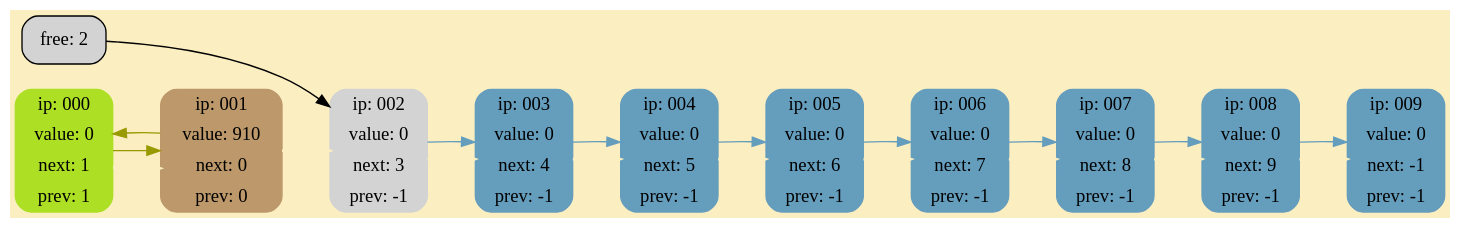
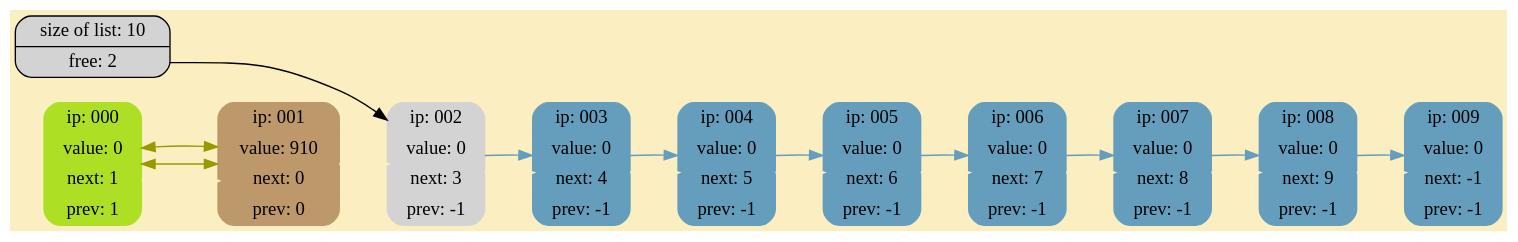
One commit to RTCupid/List changed the diagram in DumpGraph.dot. Above: the diagram before and after it, drawn with Graphviz. The commit also changed 20 other files, not shown here.

```diff
--- a/DumpGraph.dot
+++ b/DumpGraph.dot
@@ -1,37 +1,37 @@
 digraph G {
 	rankdir = LR;
 	bgcolor="#FBEEC1"
-	free [shape=Mrecord; style=filled; label = " free: 2" ];
+	HEADER [shape=Mrecord; style=filled; label = "size of list: 10 | <free> free: 2 " ];
 	node000 [shape=Mrecord; style=filled; color="#DAAD86"; label = "{ ip: 000}  | {value:   0} |{Fairy:   1} | {Tail:   1} " ];
 	node001 [shape=Mrecord; style=filled; color="#BC986A"; label = "{ ip: 001}  |{value: 910} |{next:   0} |{prev:   0} " ];
 	node002 [shape=Mrecord; style=filled; color="#D3D3D3"; label = "{ ip: 002}  |{value:   0} |{next:   3} |{prev:  -1} " ];
 	node003 [shape=Mrecord; style=filled; color="#659DBD"; label = "{ ip: 003}  |{value:   0} |{next:   4} |{prev:  -1} " ];
 	node004 [shape=Mrecord; style=filled; color="#659DBD"; label = "{ ip: 004}  |{value:   0} |{next:   5} |{prev:  -1} " ];
 	node005 [shape=Mrecord; style=filled; color="#659DBD"; label = "{ ip: 005}  |{value:   0} |{next:   6} |{prev:  -1} " ];
 	node006 [shape=Mrecord; style=filled; color="#659DBD"; label = "{ ip: 006}  |{value:   0} |{next:   7} |{prev:  -1} " ];
 	node007 [shape=Mrecord; style=filled; color="#659DBD"; label = "{ ip: 007}  |{value:   0} |{next:   8} |{prev:  -1} " ];
 	node008 [shape=Mrecord; style=filled; color="#659DBD"; label = "{ ip: 008}  |{value:   0} |{next:   9} |{prev:  -1} " ];
 	node009 [shape=Mrecord; style=filled; color="#659DBD"; label = "{ ip: 009}  |{value:   0} |{next:  -1} |{prev:  -1} " ];
 	node000 [shape=Mrecord; style=filled; color="#ADDF25"; label = "{ ip: 000}  |{value:   0} |{next:   1} |{prev:   1} " ];
 
 	node000 -> node001 [style=bold; weight=1000; color="#FBEEC1"; ];
 	node001 -> node002 [style=bold; weight=1000; color="#FBEEC1"; ];
 	node002 -> node003 [style=bold; weight=1000; color="#FBEEC1"; ];
 	node003 -> node004 [style=bold; weight=1000; color="#FBEEC1"; ];
 	node004 -> node005 [style=bold; weight=1000; color="#FBEEC1"; ];
 	node005 -> node006 [style=bold; weight=1000; color="#FBEEC1"; ];
 	node006 -> node007 [style=bold; weight=1000; color="#FBEEC1"; ];
 	node007 -> node008 [style=bold; weight=1000; color="#FBEEC1"; ];
 	node008 -> node009 [style=bold; weight=1000; color="#FBEEC1"; ];
 
-	node000 -> node001 [weight=0; color="#999900"; ];
-	node001 -> node000 [weight=0; color="#999900"; ];
+	node000 -> node001 [weight=0; dir=both; color="#999900"; ];
+	node001 -> node000 [weight=0; dir=both; color="#999900"; ];
 	node002 -> node003 [weight=0; color="#659DBD"; ];
 	node003 -> node004 [weight=0; color="#659DBD"; ];
 	node004 -> node005 [weight=0; color="#659DBD"; ];
 	node005 -> node006 [weight=0; color="#659DBD"; ];
 	node006 -> node007 [weight=0; color="#659DBD"; ];
 	node007 -> node008 [weight=0; color="#659DBD"; ];
 	node008 -> node009 [weight=0; color="#659DBD"; ];
-	free -> node002 [weight=0; splines=ortho; constraint=false; ]; 
+	HEADER:<free> -> node002 [weight=0; splines=ortho; constraint=false; ]; 
 }
```
